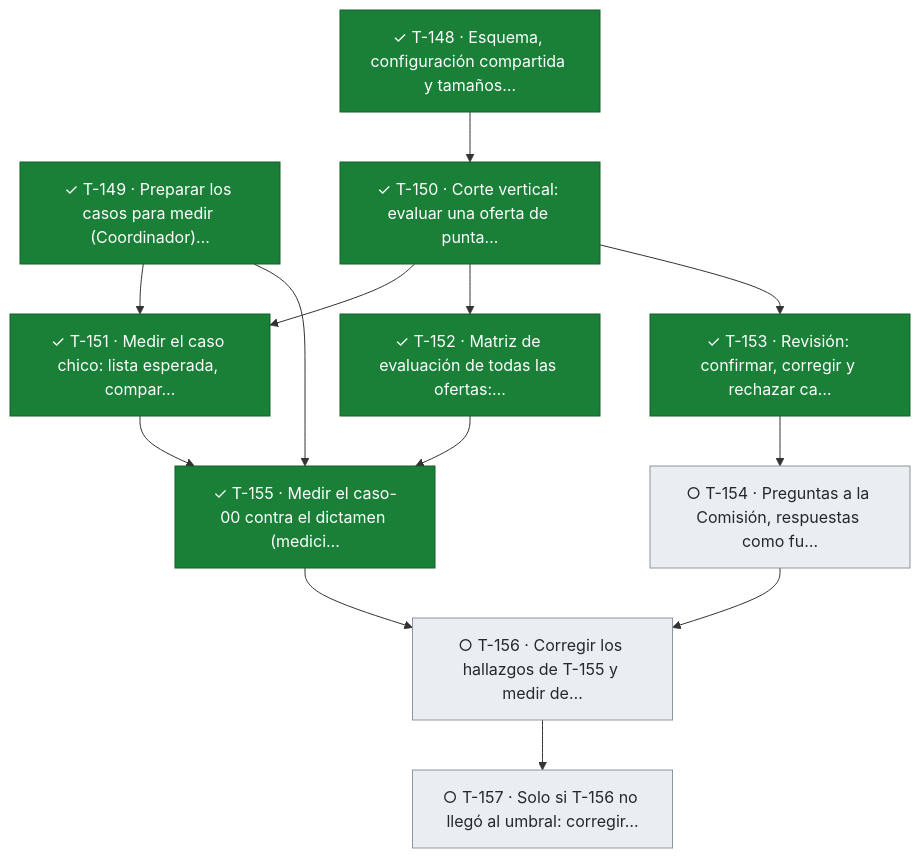
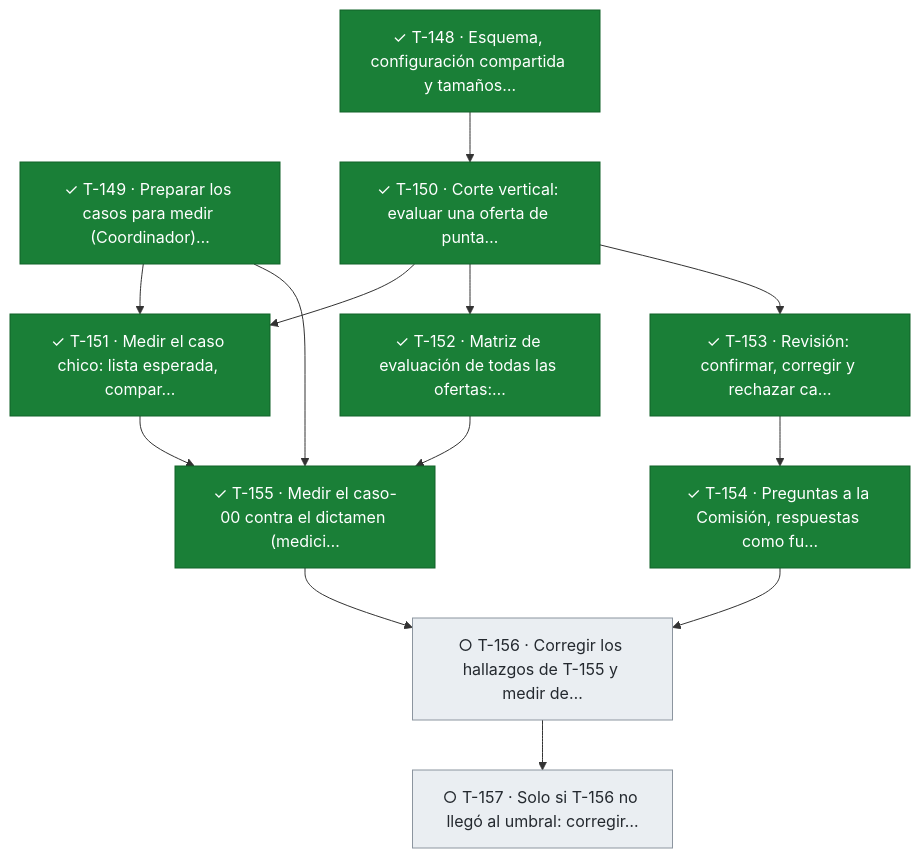
The seventh of 11 diagrams in docs/tablero.md (snavello/EVALUON), drawn with Mermaid before and after one commit. The commit also changed other lines of this file and 1 other file, not shown here.

````diff
--- a/docs/tablero.md
+++ b/docs/tablero.md
@@ -685,30 +685,30 @@
 ```mermaid
 flowchart TD
   T148["✓ T-148 · Esquema, configuración compartida y tamaños…"]:::done
   T149["✓ T-149 · Preparar los casos para medir (Coordinador)…"]:::done
   T150["✓ T-150 · Corte vertical: evaluar una oferta de punta…"]:::done
   T151["✓ T-151 · Medir el caso chico: lista esperada, compar…"]:::done
   T152["✓ T-152 · Matriz de evaluación de todas las ofertas:…"]:::done
   T153["✓ T-153 · Revisión: confirmar, corregir y rechazar ca…"]:::done
-  T154["○ T-154 · Preguntas a la Comisión, respuestas como fu…"]:::todo
+  T154["✓ T-154 · Preguntas a la Comisión, respuestas como fu…"]:::done
   T155["✓ T-155 · Medir el caso-00 contra el dictamen (medici…"]:::done
   T156["○ T-156 · Corregir los hallazgos de T-155 y medir de…"]:::todo
   T157["○ T-157 · Solo si T-156 no llegó al umbral: corregir…"]:::todo
   T148 --> T150
   T149 --> T151
   T150 --> T151
   T150 --> T152
   T150 --> T153
   T153 --> T154
   T149 --> T155
   T151 --> T155
   T152 --> T155
   T154 --> T156
   T155 --> T156
   T156 --> T157
   classDef done fill:#1a7f37,stroke:#116329,color:#ffffff
   classDef review fill:#0969da,stroke:#0550ae,color:#ffffff
   classDef active fill:#bf8700,stroke:#7d4e00,color:#ffffff
   classDef blocked fill:#cf222e,stroke:#a40e26,color:#ffffff
   classDef todo fill:#eaeef2,stroke:#8c959f,color:#24292f
 ```
````
